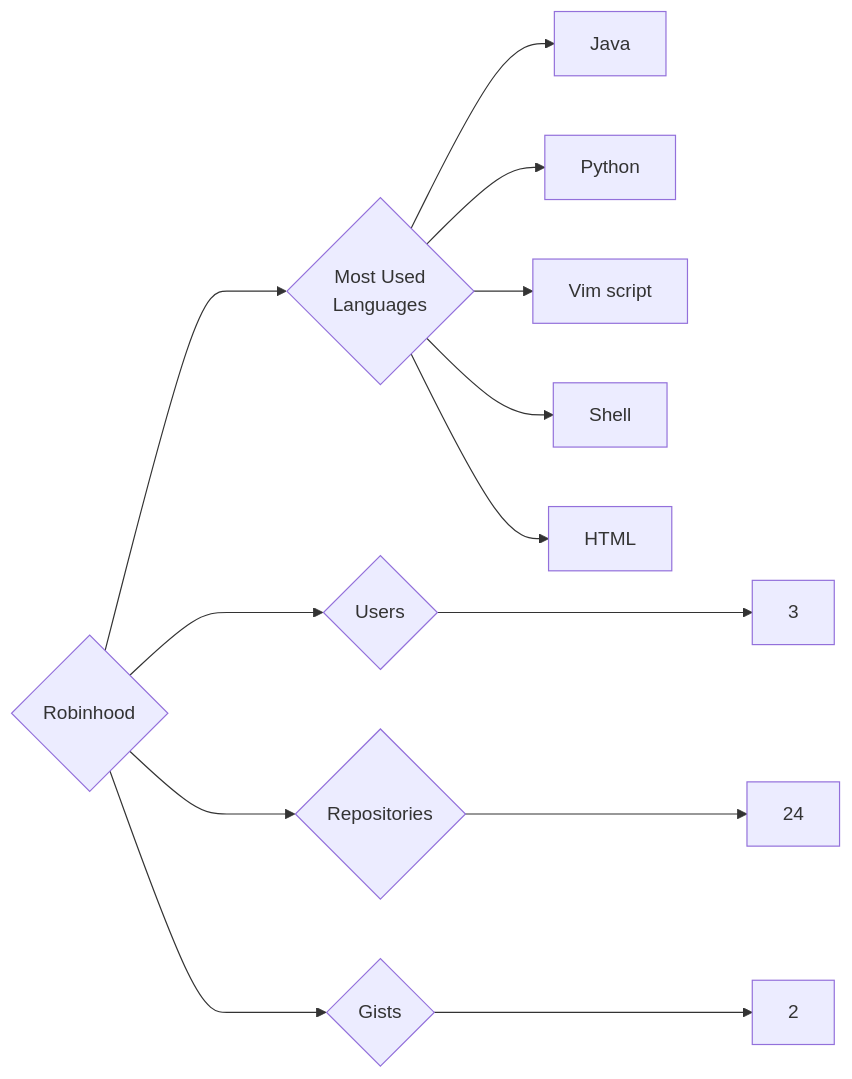
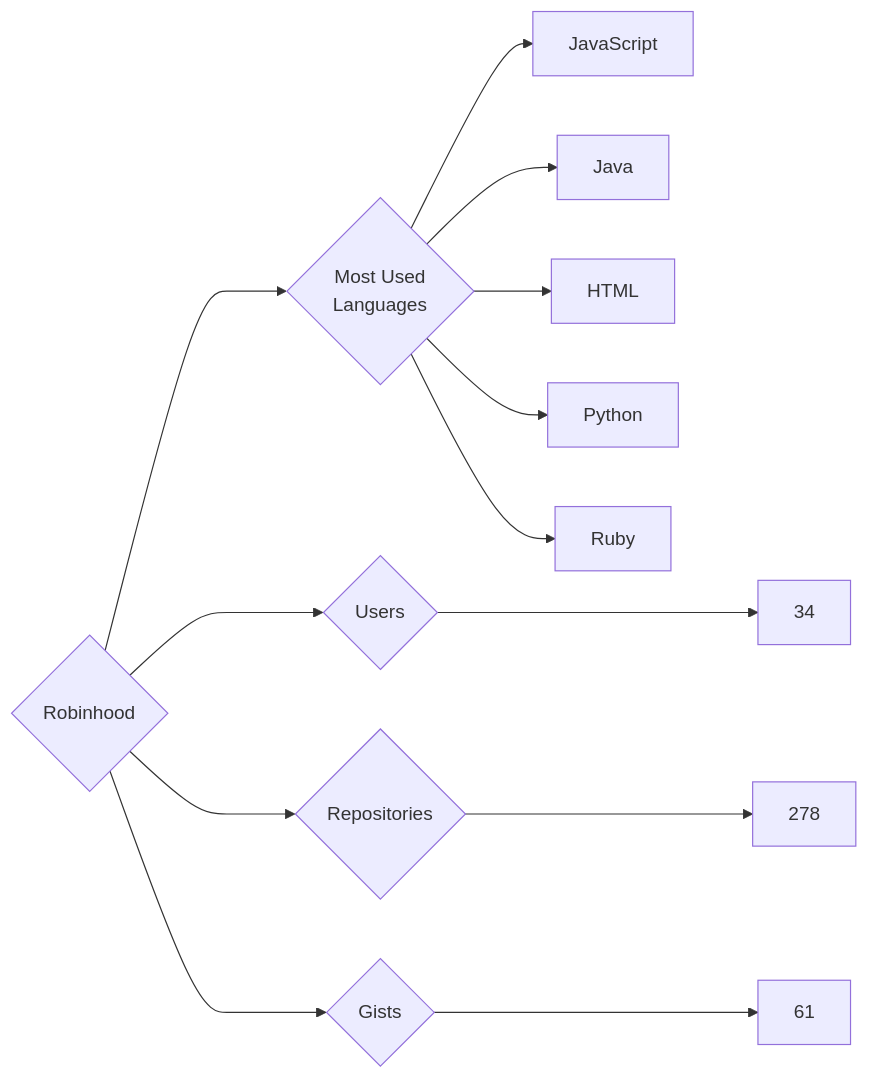
Before and after one commit to trickest/insiders: the diagram in targets/Robinhood/README.md, drawn with Mermaid. The commit also changed 928 other files, not shown here.

````diff
--- a/targets/Robinhood/README.md
+++ b/targets/Robinhood/README.md
@@ -3,13 +3,13 @@
 ```mermaid
 graph LR
 COMPANY_NAME{Robinhood}
-COMPANY_NAME ---> U{Users} ---> UN[3]
-COMPANY_NAME ---> R{Repositories} ---> RN[24]
-COMPANY_NAME ---> G{Gists} ---> GN[2]
+COMPANY_NAME ---> U{Users} ---> UN[34]
+COMPANY_NAME ---> R{Repositories} ---> RN[278]
+COMPANY_NAME ---> G{Gists} ---> GN[61]
 COMPANY_NAME ---> ML{Most Used<br>Languages}
+ML --> JavaScript[JavaScript]
 ML --> Java[Java]
+ML --> HTML[HTML]
 ML --> Python[Python]
-ML --> Vim_script[Vim script]
-ML --> Shell[Shell]
-ML --> HTML[HTML]
+ML --> Ruby[Ruby]
 ```
````
